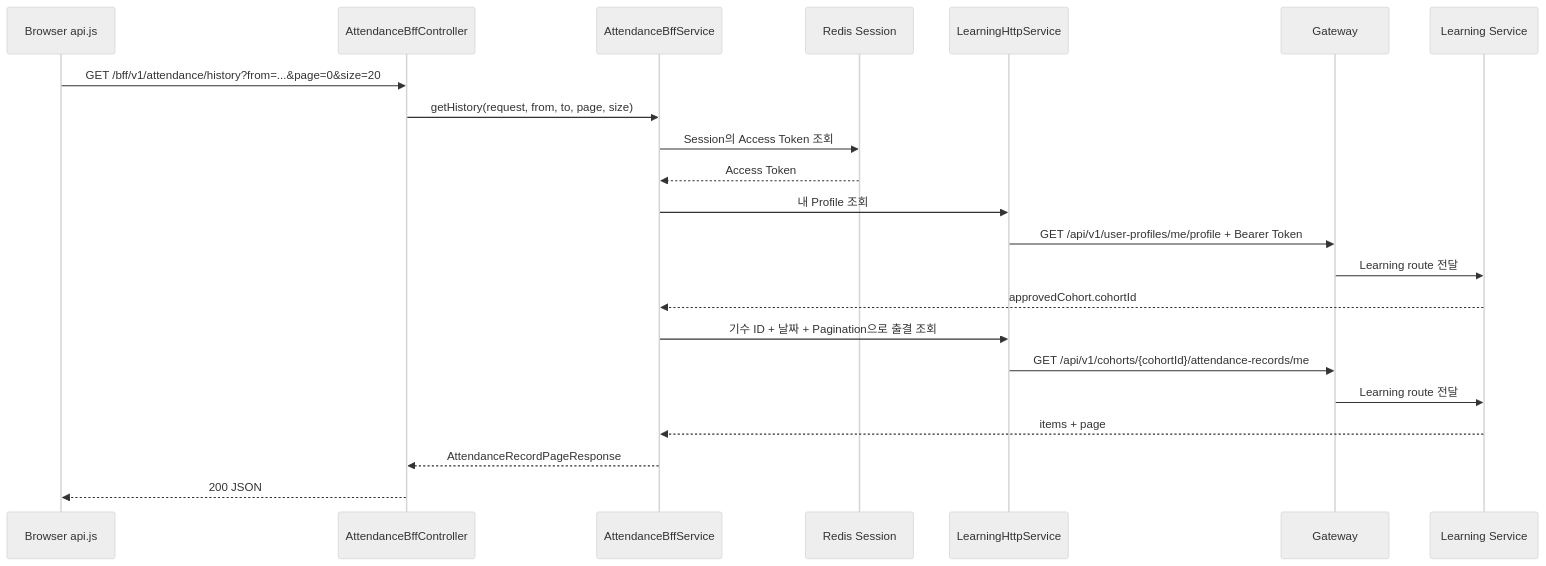
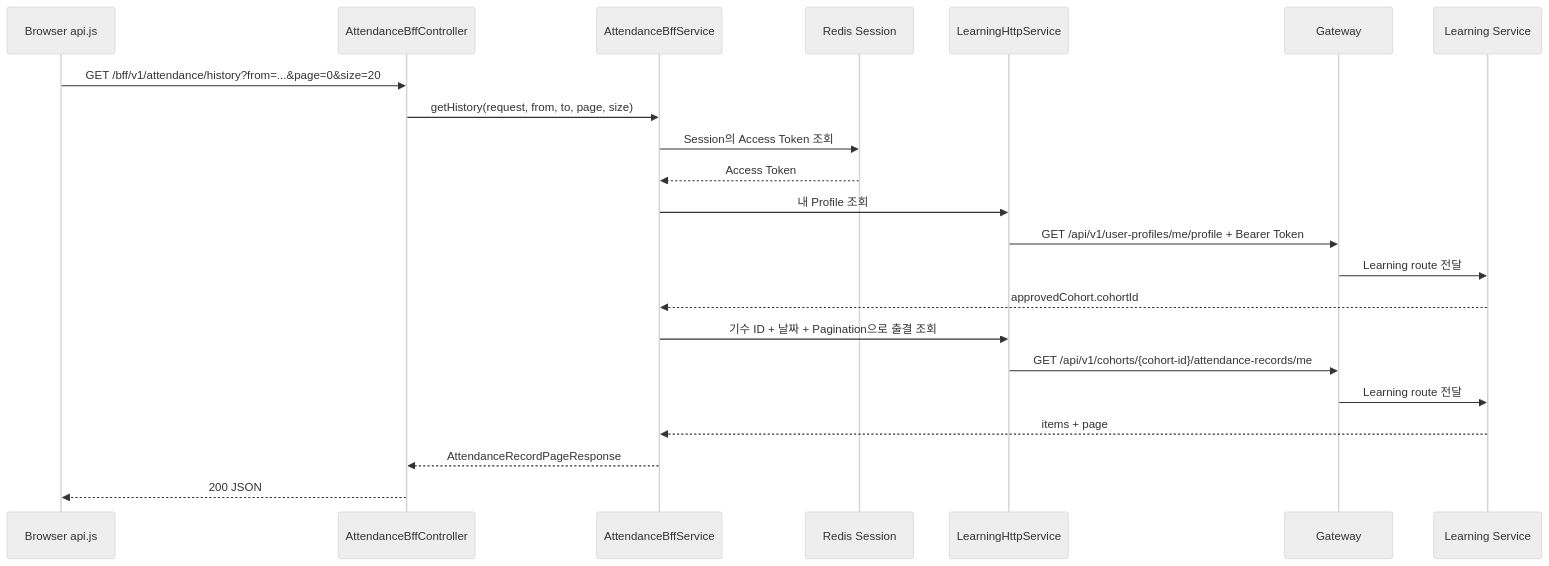
Before and after one commit to nhnacademy-aiot3-omagotchi/omagotchi-learning-service: the second of 2 diagrams in docs/api/Front-LearningService/Frontend-BFF-Request-Flow-Guide.md, drawn with Mermaid (neutral theme). The commit also changed other lines of this file and 31 other files, not shown here.

````diff
--- a/docs/api/Front-LearningService/Frontend-BFF-Request-Flow-Guide.md
+++ b/docs/api/Front-LearningService/Frontend-BFF-Request-Flow-Guide.md
@@ -177,25 +177,25 @@
 ```mermaid
 sequenceDiagram
     participant JS as Browser api.js
     participant C as AttendanceBffController
     participant S as AttendanceBffService
     participant R as Redis Session
     participant H as LearningHttpService
     participant G as Gateway
     participant L as Learning Service
 
     JS->>C: GET /bff/v1/attendance/history?from=...&page=0&size=20
     C->>S: getHistory(request, from, to, page, size)
     S->>R: Session의 Access Token 조회
     R-->>S: Access Token
     S->>H: 내 Profile 조회
     H->>G: GET /api/v1/user-profiles/me/profile + Bearer Token
     G->>L: Learning route 전달
     L-->>S: approvedCohort.cohortId
     S->>H: 기수 ID + 날짜 + Pagination으로 출결 조회
-    H->>G: GET /api/v1/cohorts/{cohortId}/attendance-records/me
+    H->>G: GET /api/v1/cohorts/{cohort-id}/attendance-records/me
     G->>L: Learning route 전달
     L-->>S: items + page
     S-->>C: AttendanceRecordPageResponse
     C-->>JS: 200 JSON
 ```
````
